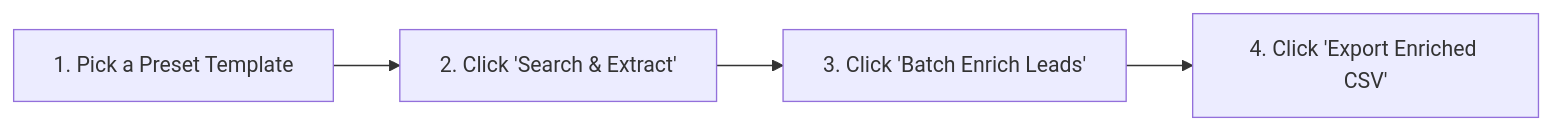
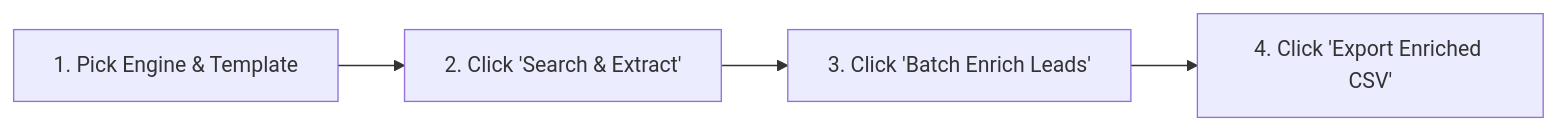
The second of 6 diagrams in USER_GUIDE.md (cankalsoftware/Google-Scrape), drawn with Mermaid before and after one commit. The commit also changed other lines of this file and 5 other files, not shown here.

````diff
--- a/USER_GUIDE.md
+++ b/USER_GUIDE.md
@@ -76,6 +99,6 @@
 ```mermaid
 graph LR
-    A["1. Pick a Preset Template"] --> B["2. Click 'Search & Extract'"]
+    A["1. Pick Engine & Template"] --> B["2. Click 'Search & Extract'"]
     B --> C["3. Click 'Batch Enrich Leads'"]
     C --> D["4. Click 'Export Enriched CSV'"]
 ```
````
